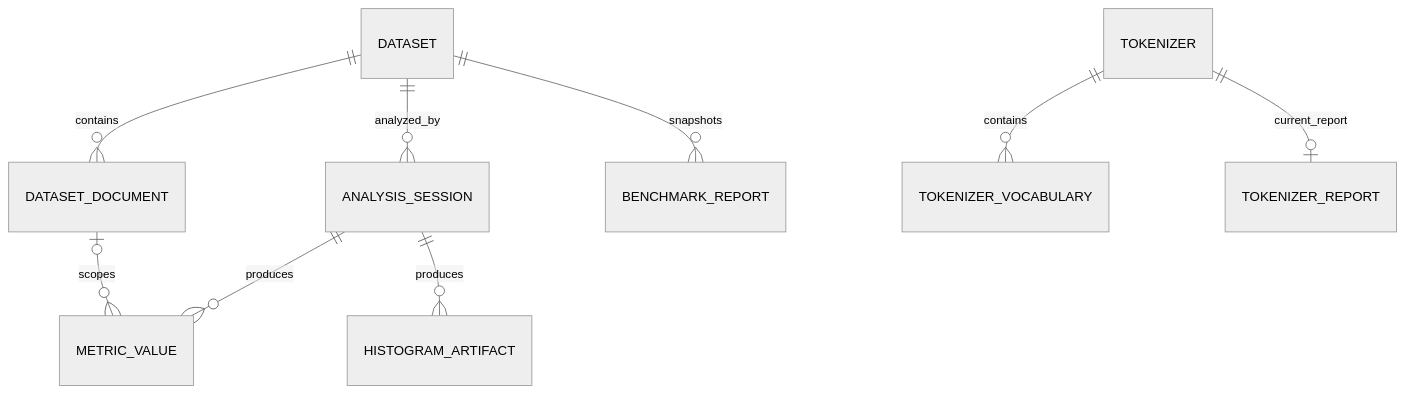
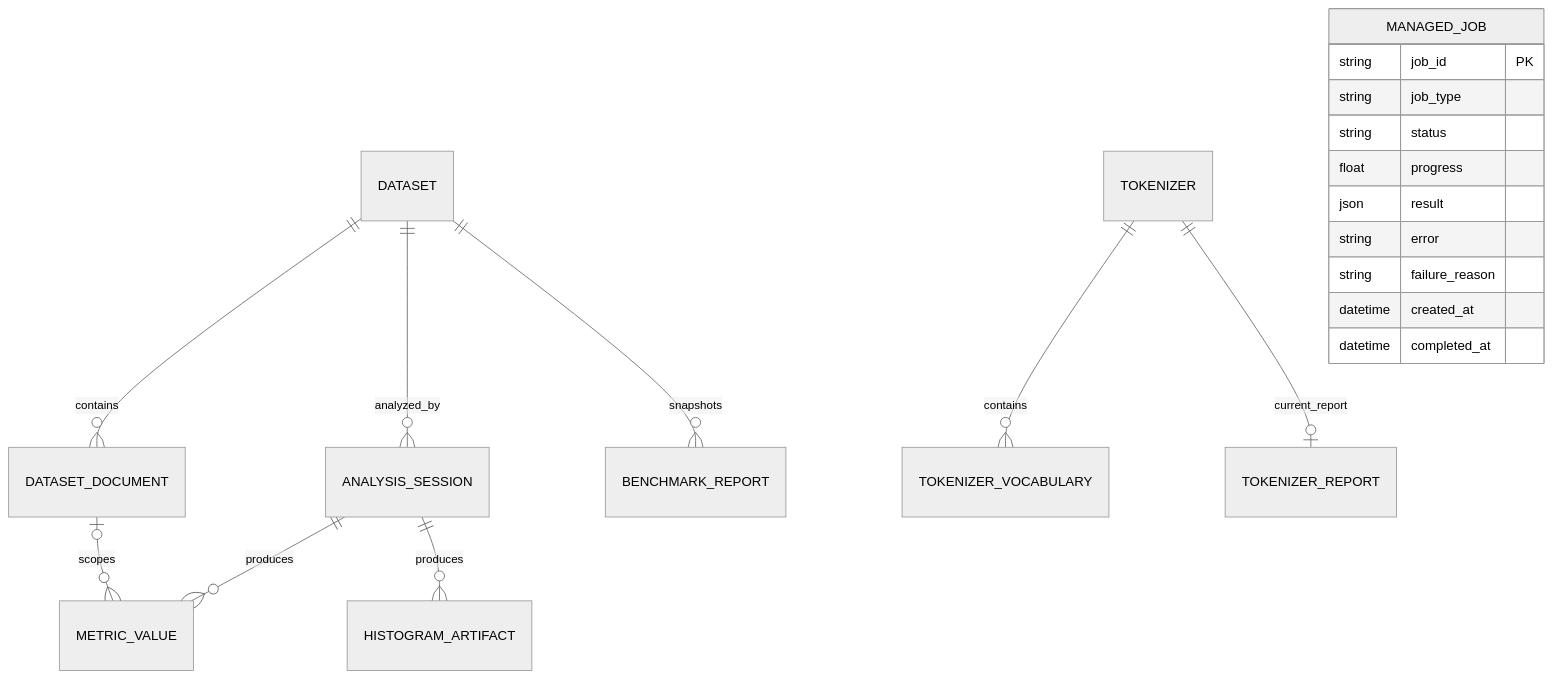
The diagram in assets/docs/architecture/persistence.md (CTCycle/TKBEN-tokenizers-benchmarker), drawn with Mermaid (neutral theme) before and after one commit. The commit also changed other lines of this file and 19 other files, not shown here.

````diff
--- a/assets/docs/architecture/persistence.md
+++ b/assets/docs/architecture/persistence.md
@@ -46,11 +47,22 @@
 ```mermaid
 erDiagram
     DATASET ||--o{ DATASET_DOCUMENT : contains
     DATASET ||--o{ ANALYSIS_SESSION : analyzed_by
     DATASET ||--o{ BENCHMARK_REPORT : snapshots
     ANALYSIS_SESSION ||--o{ METRIC_VALUE : produces
     ANALYSIS_SESSION ||--o{ HISTOGRAM_ARTIFACT : produces
     DATASET_DOCUMENT o|--o{ METRIC_VALUE : scopes
     TOKENIZER ||--o{ TOKENIZER_VOCABULARY : contains
     TOKENIZER ||--o| TOKENIZER_REPORT : current_report
+    MANAGED_JOB {
+        string job_id PK
+        string job_type
+        string status
+        float progress
+        json result
+        string error
+        string failure_reason
+        datetime created_at
+        datetime completed_at
+    }
 ```
````
